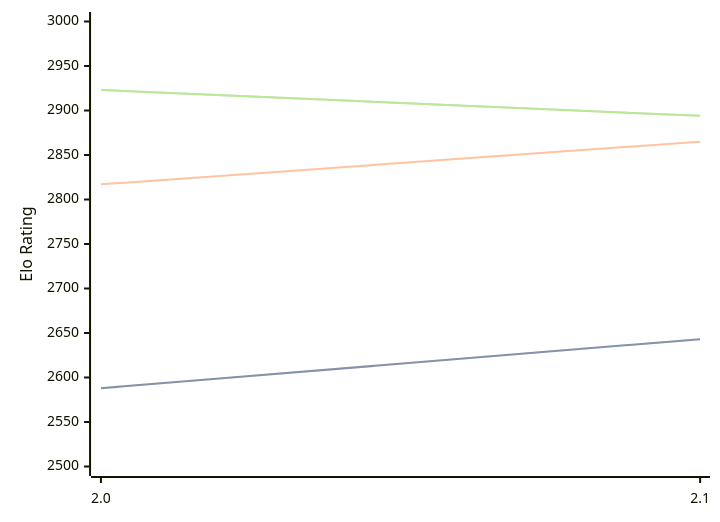
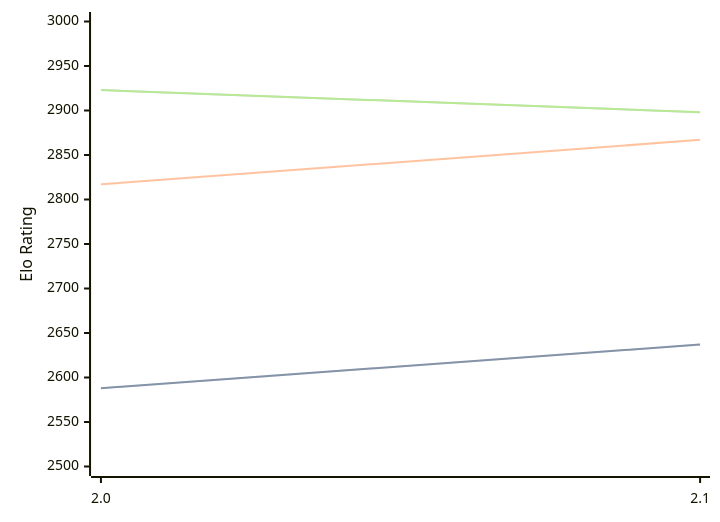
Before and after one commit to computer-chess-index/cci: the diagram in engines/Noggin.md, drawn with Mermaid. The commit also changed other lines of this file, not shown here.

Commit message:
Update CCI Ratings (ELO VLTC) - 2026-07-22

````diff
--- a/engines/Noggin.md
+++ b/engines/Noggin.md
@@ -33,11 +33,11 @@
 ```mermaid
 %%{init: {"theme":"base","themeVariables":{"seriesColors:['#a3a3a3','#222221','#faa371']}}}%%
 xychart-beta
   x-axis ["2.0", "2.1"]
   y-axis "Elo Rating" 2500 --> 3000
-  line "STC (8.0+0.08s)" [2588, 2643]
-  line "STC (8.0+0.08s)" [2588, 2643]
-  line "LTC (60.0+0.60s)" [2817, 2865]
-  line "VLTC (2m24s+1.12s)" [2923, 2894]
-  line "VLTC (2m24s+1.12s)" [2923, 2894]
+  line "STC (8.0+0.08s)" [2588, 2637]
+  line "STC (8.0+0.08s)" [2588, 2637]
+  line "LTC (60.0+0.60s)" [2817, 2867]
+  line "VLTC (2m24s+1.12s)" [2923, 2898]
+  line "VLTC (2m24s+1.12s)" [2923, 2898]
 ```
````
